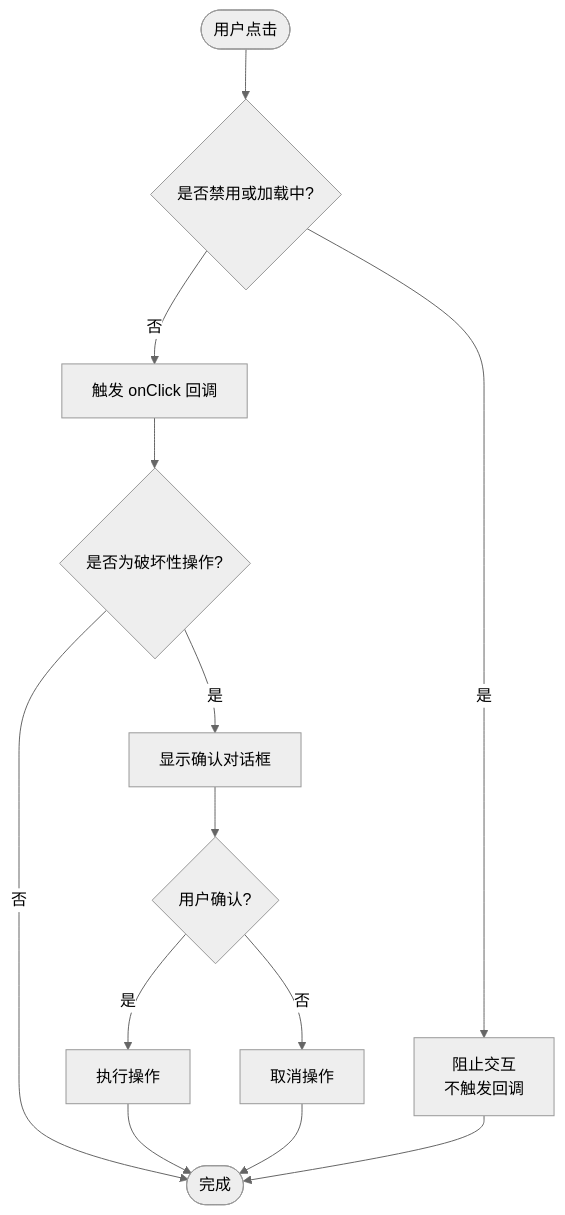
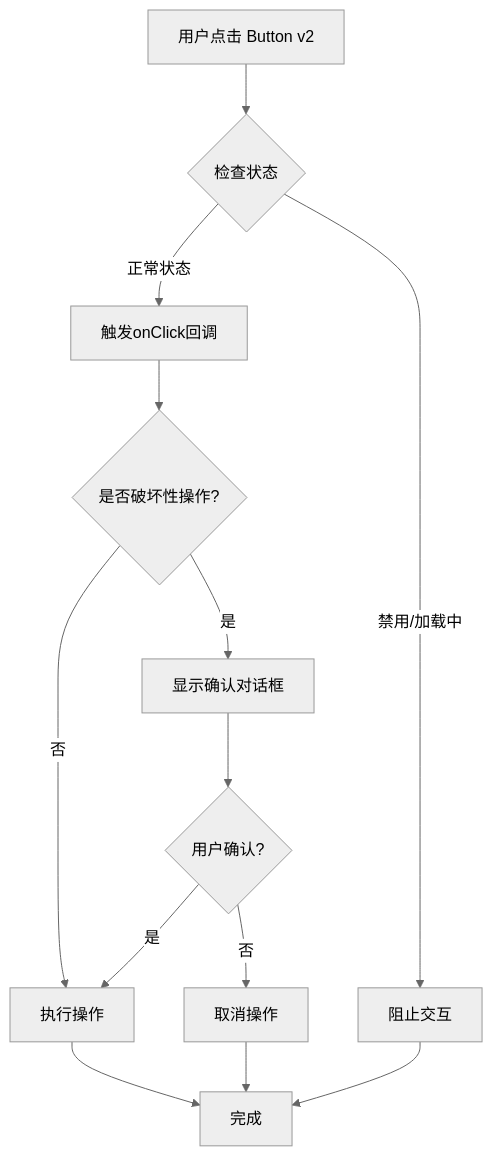
The third of 6 diagrams in .qoder/repowiki/zh/content/前端架构/组件系统/基础UI组件.md (scottcwy/PurpleInk), drawn with Mermaid (neutral theme) before and after one commit. The commit also changed other lines of this file and 48 other files, not shown here.

````diff
--- a/.qoder/repowiki/zh/content/前端架构/组件系统/基础UI组件.md
+++ b/.qoder/repowiki/zh/content/前端架构/组件系统/基础UI组件.md
@@ -217,15 +230,15 @@
 ```mermaid
 flowchart TD
-Start(["用户点击"]) --> CheckState{"是否禁用或加载中?"}
-CheckState --> |是| Prevent["阻止交互<br/>不触发回调"]
-CheckState --> |否| Trigger["触发 onClick 回调"]
-Trigger --> CheckDestructive{"是否为破坏性操作?"}
-CheckDestructive --> |是| Confirm["显示确认对话框"]
-CheckDestructive --> |否| End(["完成"])
-Confirm --> UserConfirm{"用户确认?"}
-UserConfirm --> |是| Execute["执行操作"]
-UserConfirm --> |否| Cancel["取消操作"]
-Execute --> End
-Cancel --> End
-Prevent --> End
+A["用户点击 Button v2"] --> B{"检查状态"}
+B --> |禁用/加载中| C["阻止交互"]
+B --> |正常状态| D["触发onClick回调"]
+D --> E{"是否破坏性操作?"}
+E --> |是| F["显示确认对话框"]
+E --> |否| G["执行操作"]
+F --> H{"用户确认?"}
+H --> |是| G
+H --> |否| I["取消操作"]
+G --> J["完成"]
+I --> J
+C --> J
 ```
````
